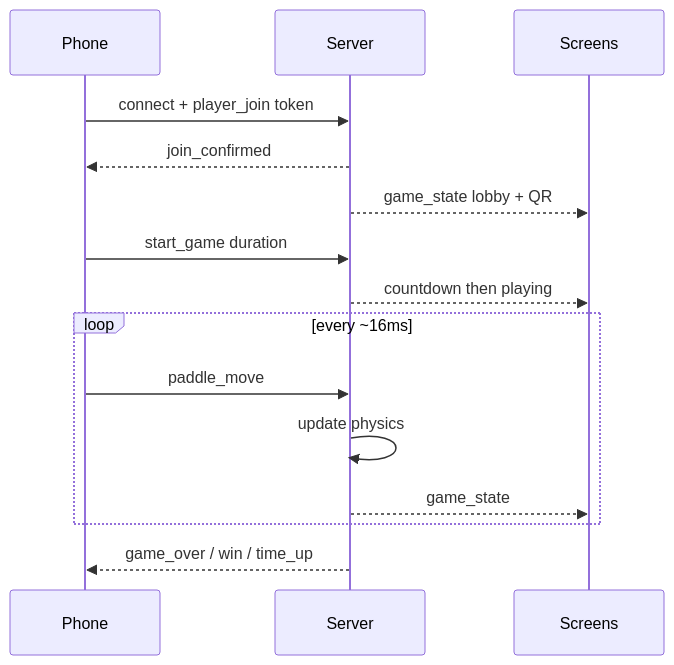
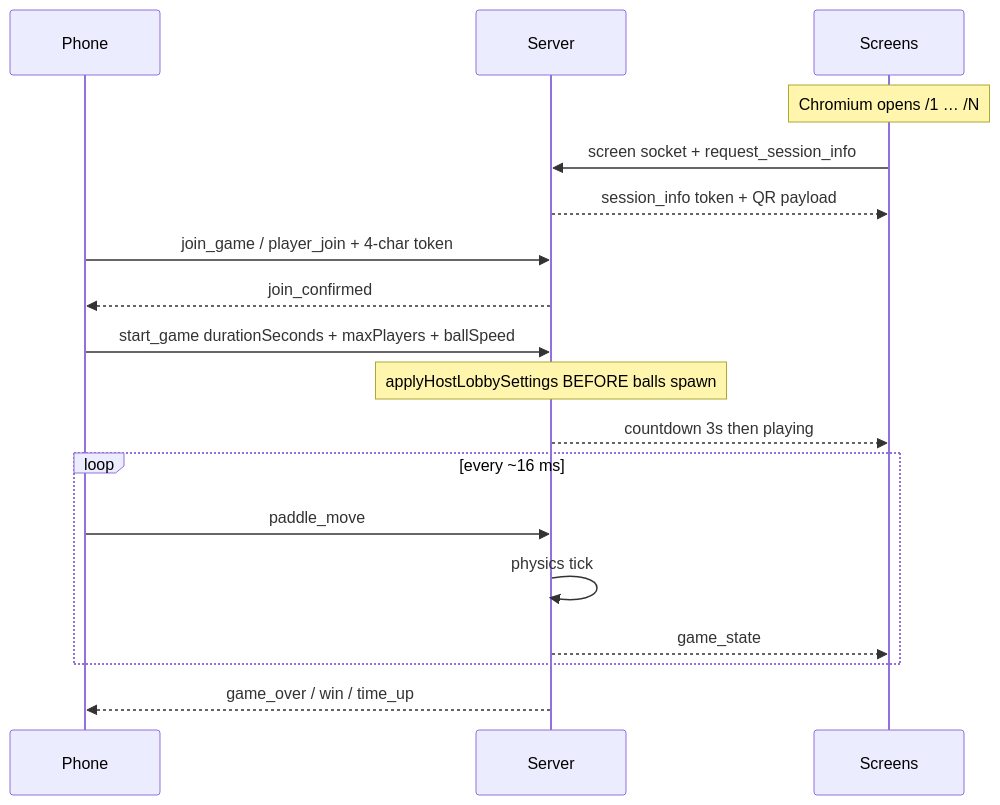
Before and after one commit to AnirudhPratapSinghYadav/LG-Arkanoid: the second of 3 diagrams in README.md, drawn with Mermaid. The commit also changed other lines of this file and 53 other files, not shown here.

````diff
--- a/README.md
+++ b/README.md
@@ -79,18 +337,21 @@
 ```mermaid
 sequenceDiagram
   participant Phone
   participant Server
   participant Screens
 
-  Phone->>Server: connect + player_join token
+  Note over Screens: Chromium opens /1 … /N
+  Screens->>Server: screen socket + request_session_info
+  Server-->>Screens: session_info token + QR payload
+  Phone->>Server: join_game / player_join + 4-char token
   Server-->>Phone: join_confirmed
-  Server-->>Screens: game_state lobby + QR
-  Phone->>Server: start_game duration
-  Server-->>Screens: countdown then playing
-  loop every ~16ms
+  Phone->>Server: start_game durationSeconds + maxPlayers + ballSpeed
+  Note over Server: applyHostLobbySettings BEFORE balls spawn
+  Server-->>Screens: countdown 3s then playing
+  loop every ~16 ms
     Phone->>Server: paddle_move
-    Server->>Server: update physics
+    Server->>Server: physics tick
     Server-->>Screens: game_state
   end
   Server-->>Phone: game_over / win / time_up
 ```
````
